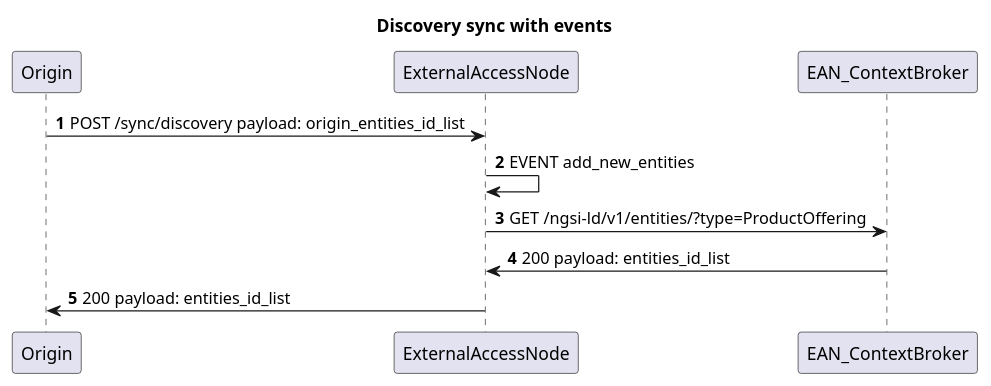
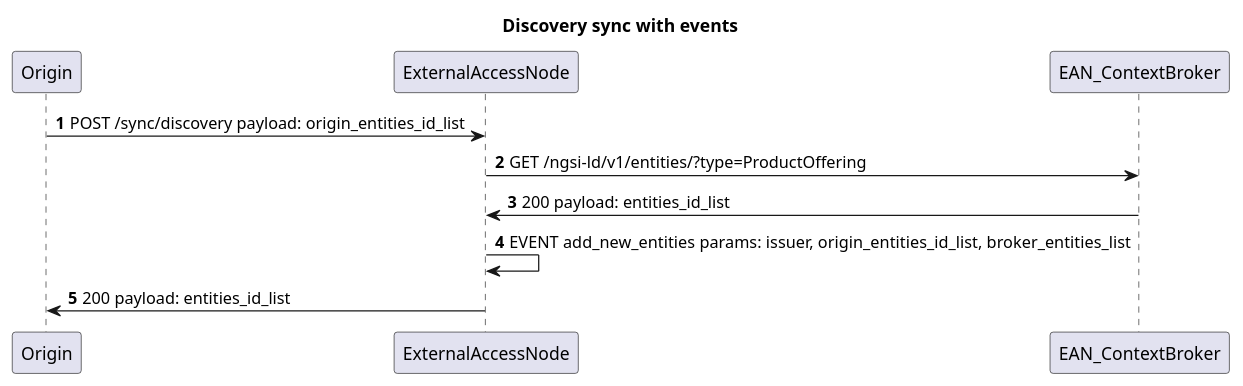
One commit to in2workspace/in2-desmos-api changed the diagram in docs/diagrams/discovery-sync/discovery-sync-with-events.puml. Above: the diagram before and after it, drawn with PlantUML. The commit also changed 2 other files, not shown here.

Commit message:
fix(docs): discarded discovery sync without events and improve event and discovery sync with events diagrams

```diff
--- a/docs/diagrams/discovery-sync/discovery-sync-with-events.puml
+++ b/docs/diagrams/discovery-sync/discovery-sync-with-events.puml
@@ -1,18 +1,18 @@
 @startuml
 'https://plantuml.com/sequence-diagram
 
 title Discovery sync with events
 
 autonumber
 
 Origin -> ExternalAccessNode: POST /sync/discovery payload: origin_entities_id_list
 
-ExternalAccessNode -> ExternalAccessNode: EVENT add_new_entities
-
 ExternalAccessNode -> EAN_ContextBroker: GET /ngsi-ld/v1/entities/?type=ProductOffering
 
 EAN_ContextBroker -> ExternalAccessNode: 200 payload: entities_id_list
 
+ExternalAccessNode -> ExternalAccessNode: EVENT add_new_entities params: issuer, origin_entities_id_list, broker_entities_list
+
 ExternalAccessNode -> Origin: 200 payload: entities_id_list
 
 @enduml
```
